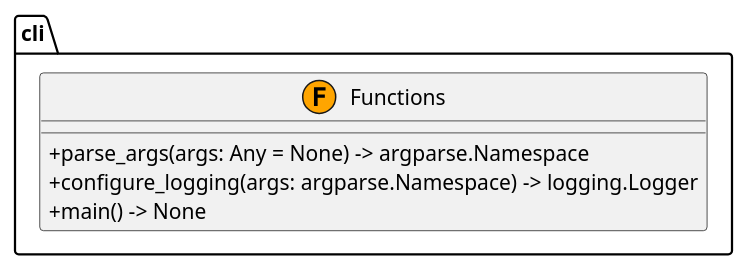
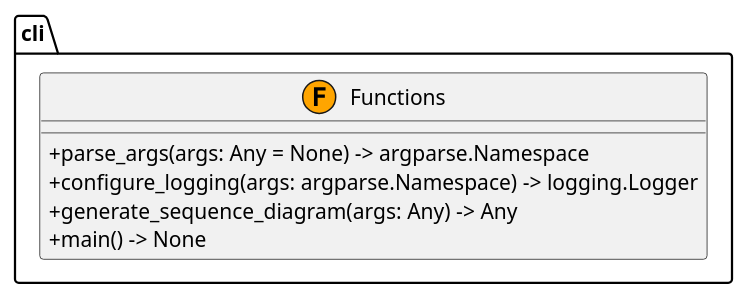
One commit to jswans33/my-full-stack-fastapi-template changed the diagram in docs/source/_generated_uml/uml_generator/cli.puml. Above: the diagram before and after it, drawn with PlantUML. The commit also changed 32 other files, not shown here.

Commit message:
added sequence generator

```diff
--- a/docs/source/_generated_uml/uml_generator/cli.puml
+++ b/docs/source/_generated_uml/uml_generator/cli.puml
@@ -1,13 +1,14 @@
 @startuml
 skinparam classAttributeIconSize 0
 
 package "cli" {
   class Functions <<(F,orange)>> {
     +parse_args(args: Any = None) -> argparse.Namespace
     +configure_logging(args: argparse.Namespace) -> logging.Logger
+    +generate_sequence_diagram(args: Any) -> Any
     +main() -> None
   }
 }
 
 ' Relationships
 @enduml
```
